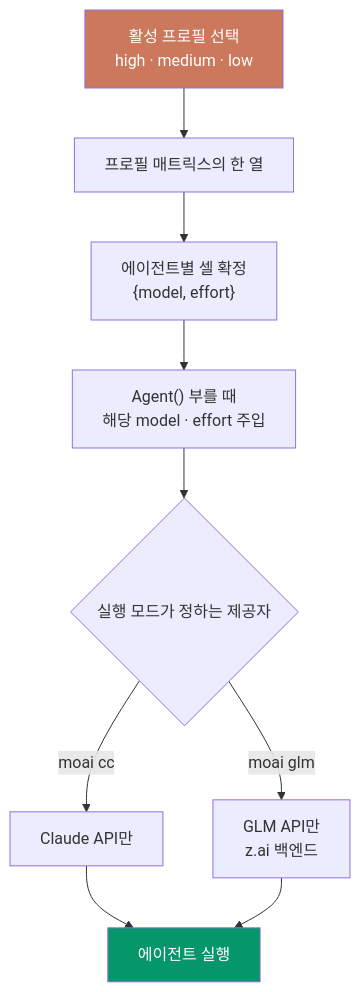
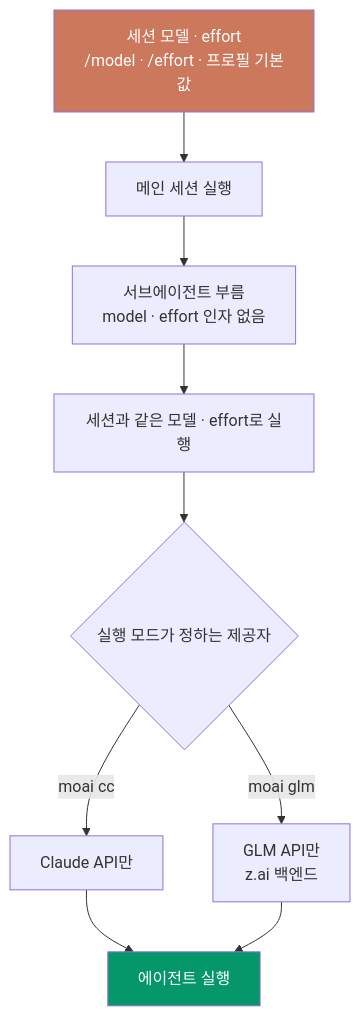
Before and after one commit to modu-ai/moai-adk: the diagram in docs-site/content/ko/multi-llm/_index.md, drawn with Mermaid. The commit also changed other lines of this file and 17 other files, not shown here.

````diff
--- a/docs-site/content/ko/multi-llm/_index.md
+++ b/docs-site/content/ko/multi-llm/_index.md
@@ -127,14 +121,14 @@
 ```mermaid
 flowchart TD
-    A["활성 프로필 선택<br/>high · medium · low"] --> B["프로필 매트릭스의 한 열"]
-    B --> C["에이전트별 셀 확정<br/>{model, effort}"]
-    C --> D["Agent() 부를 때<br/>해당 model · effort 주입"]
+    A["세션 모델 · effort<br/>/model · /effort · 프로필 기본값"] --> B["메인 세션 실행"]
+    B --> C["서브에이전트 부름<br/>model · effort 인자 없음"]
+    C --> D["세션과 같은 모델 · effort로 실행"]
     D --> E{"실행 모드가 정하는 제공자"}
     E -->|"moai cc"| F["Claude API만"]
     E -->|"moai glm"| G["GLM API만<br/>z.ai 백엔드"]
     F --> I["에이전트 실행"]
     G --> I
 
     style A fill:#cc785c,color:#fff
     style I fill:#059669,color:#fff
 ```
````
